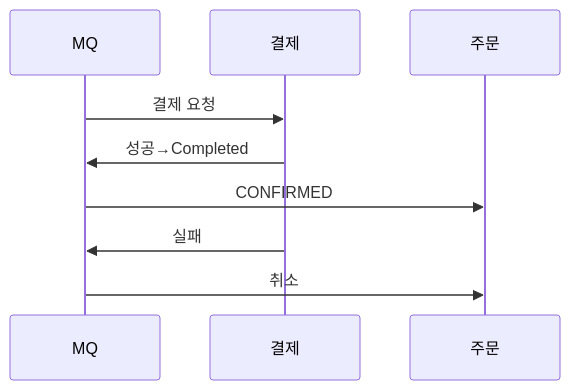
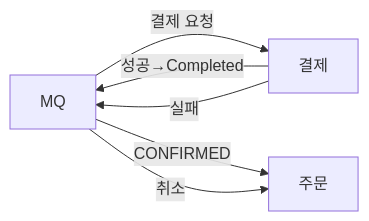
Before and after one commit to yjkim2015/yjkim2015.github.io: the tenth of 11 diagrams in _posts/spring/2026-05-02-spring-db-1.md, drawn with Mermaid. The commit also changed other lines of this file and 84 other files, not shown here.

First line of the commit message:
85개 포스트 Mermaid 다이어그램 규칙 일괄 수정

````diff
--- a/_posts/spring/2026-05-02-spring-db-1.md
+++ b/_posts/spring/2026-05-02-spring-db-1.md
@@ -519,8 +518,8 @@
 ```mermaid
-sequenceDiagram
-    MQ->>결제: 결제 요청
-    결제->>MQ: 성공→Completed
-    MQ->>주문: CONFIRMED
-    결제->>MQ: 실패
-    MQ->>주문: 취소
+graph LR
+    MQ["MQ"] -->|"결제 요청"| PAY["결제"]
+    PAY -->|"성공→Completed"| MQ
+    MQ -->|"CONFIRMED"| ORDER["주문"]
+    PAY -->|"실패"| MQ
+    MQ -->|"취소"| ORDER
 ```
````
